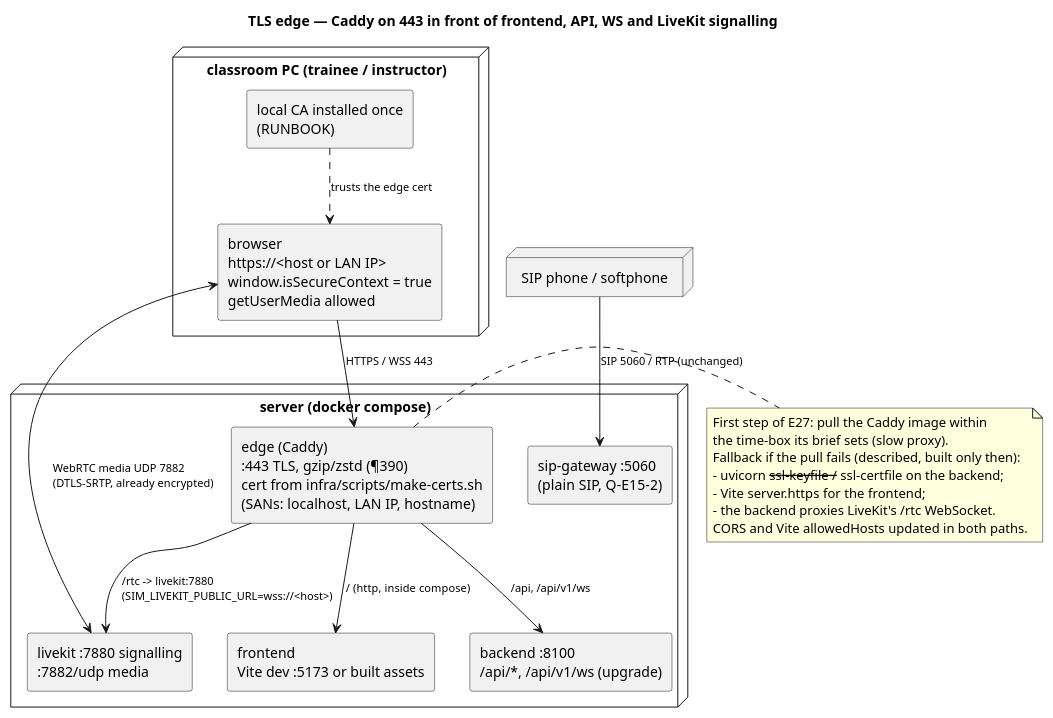
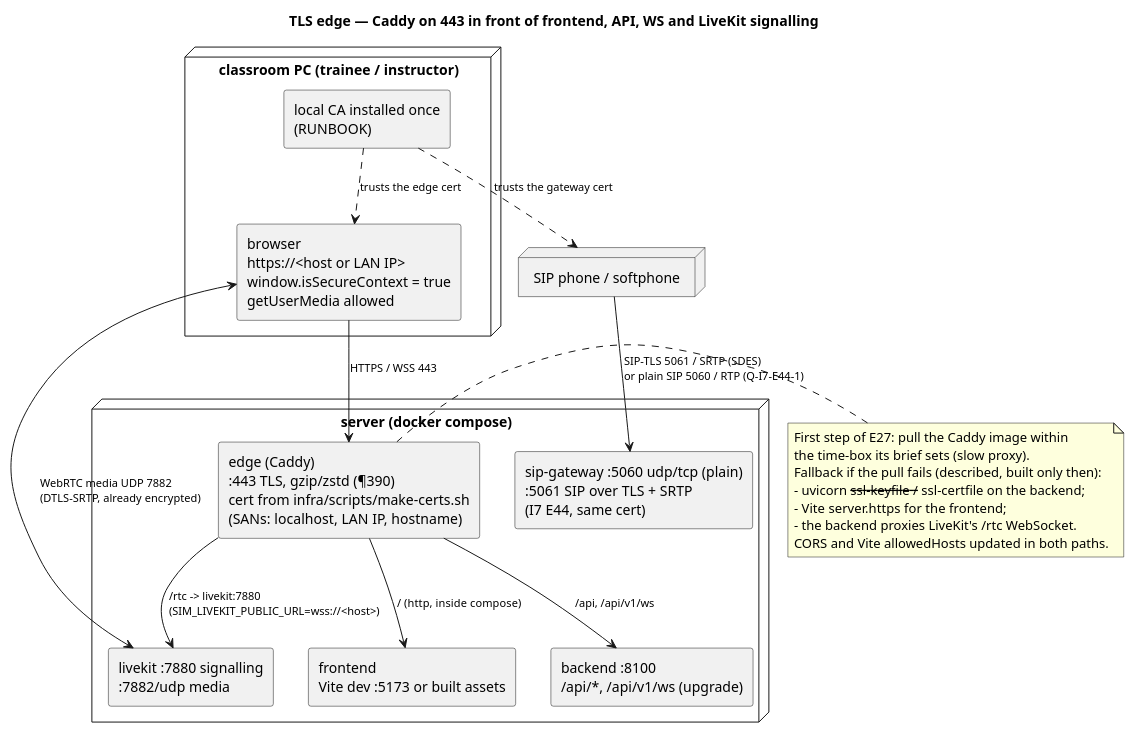
One commit to Andrchest/112-maxxing changed the diagram in docs/hld/puml/i4-tls-edge-topology.puml. Above: the diagram before and after it, drawn with PlantUML. The commit also changed 23 other files, not shown here.

Commit message:
I7 E44: SIP over TLS (5061) with SRTP SDES media encryption

```diff
--- a/docs/hld/puml/i4-tls-edge-topology.puml
+++ b/docs/hld/puml/i4-tls-edge-topology.puml
@@ -1,46 +1,47 @@
 @startuml i4-tls-edge-topology
 ' I4 S3 / E27 — TLS edge (docs/hld/71-i4-wave4.md §71.4, D32).
 ' Browsers grant the microphone only in a secure context: a trainee PC opening
 ' http://<server-LAN-IP> gets no microphone. One TLS endpoint fixes UI, API, WS and LiveKit signalling.
 
 title TLS edge — Caddy on 443 in front of frontend, API, WS and LiveKit signalling
 
 skinparam componentStyle rectangle
 skinparam shadowing false
 skinparam defaultTextAlignment left
 skinparam ArrowFontSize 11
 
 node "classroom PC (trainee / instructor)" as pc {
   component "browser\nhttps://<host or LAN IP>\nwindow.isSecureContext = true\ngetUserMedia allowed" as browser
   component "local CA installed once\n(RUNBOOK)" as ca
 }
 
 node "SIP phone / softphone" as phone
 
 node "server (docker compose)" as srv {
   component "edge (Caddy)\n:443 TLS, gzip/zstd (¶390)\ncert from infra/scripts/make-certs.sh\n(SANs: localhost, LAN IP, hostname)" as edge
   component "frontend\nVite dev :5173 or built assets" as fe
   component "backend :8100\n/api/*, /api/v1/ws (upgrade)" as be
   component "livekit :7880 signalling\n:7882/udp media" as lk
-  component "sip-gateway :5060\n(plain SIP, Q-E15-2)" as sip
+  component "sip-gateway :5060 udp/tcp (plain)\n:5061 SIP over TLS + SRTP\n(I7 E44, same cert)" as sip
 }
 
 browser --> edge : HTTPS / WSS 443
 edge --> fe : /  (http, inside compose)
 edge --> be : /api, /api/v1/ws
 edge --> lk : /rtc -> livekit:7880\n(SIM_LIVEKIT_PUBLIC_URL=wss://<host>)
 browser <--> lk : WebRTC media UDP 7882\n(DTLS-SRTP, already encrypted)
-phone --> sip : SIP 5060 / RTP (unchanged)
+phone --> sip : SIP-TLS 5061 / SRTP (SDES)\nor plain SIP 5060 / RTP (Q-I7-E44-1)
 ca ..> browser : trusts the edge cert
+ca ..> phone : trusts the gateway cert
 
 note right of edge
   First step of E27: pull the Caddy image within
   the time-box its brief sets (slow proxy).
   Fallback if the pull fails (described, built only then):
   - uvicorn --ssl-keyfile / --ssl-certfile on the backend;
   - Vite server.https for the frontend;
   - the backend proxies LiveKit's /rtc WebSocket.
   CORS and Vite allowedHosts updated in both paths.
 end note
 
 @enduml
```
